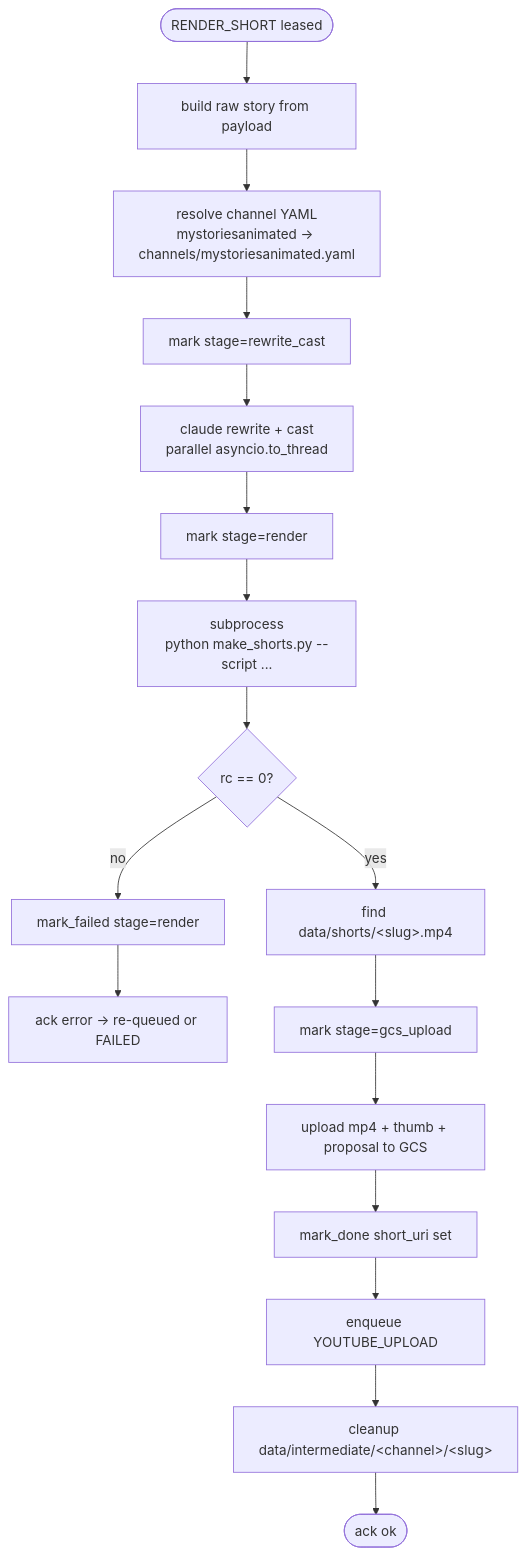
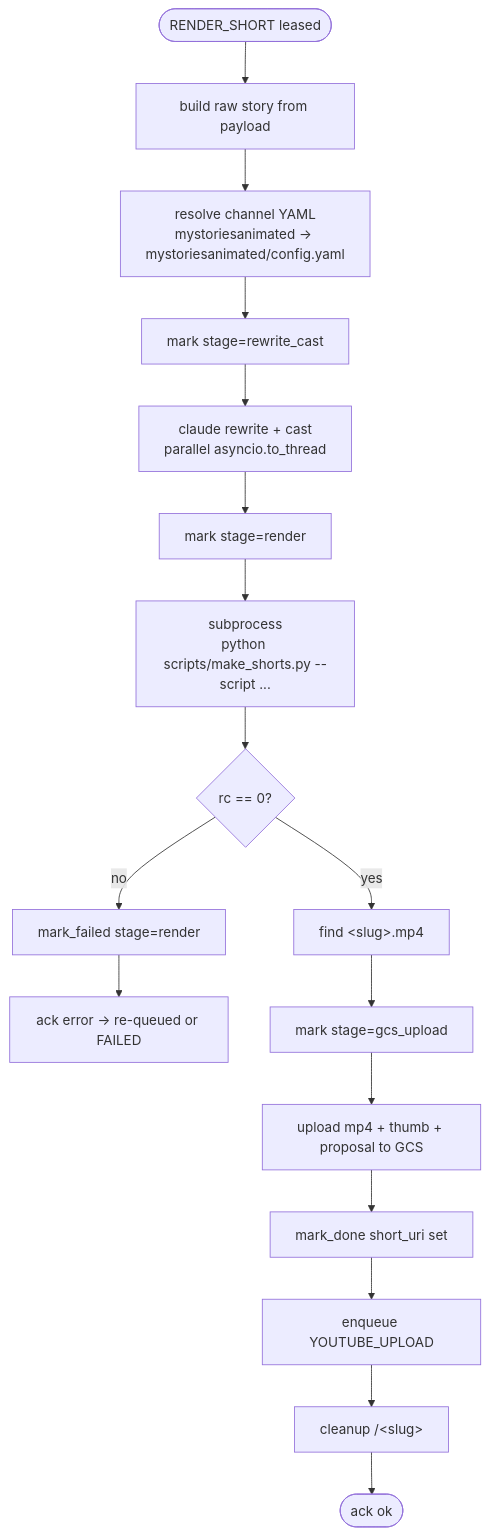
One commit to rohitsingh30/ytFactory changed the fifth of 10 diagrams in docs/data_flows.md. Above: the diagram before and after it, drawn with Mermaid. The commit also changed other lines of this file and 185 other files, not shown here.

````diff
--- a/docs/data_flows.md
+++ b/docs/data_flows.md
@@ -226,19 +226,19 @@
 ```mermaid
 flowchart TB
     Start([RENDER_SHORT leased]) --> A[build raw story from payload]
-    A --> B[resolve channel YAML<br/>mystoriesanimated → channels/mystoriesanimated.yaml]
+    A --> B[resolve channel YAML<br/>mystoriesanimated → mystoriesanimated/config.yaml]
     B --> C[mark stage=rewrite_cast]
     C --> D[claude rewrite + cast<br/>parallel asyncio.to_thread]
     D --> E[mark stage=render]
-    E --> F[subprocess<br/>python make_shorts.py --script ...]
+    E --> F[subprocess<br/>python scripts/make_shorts.py --script ...]
     F --> G{rc == 0?}
     G -- no --> X[mark_failed stage=render]
     X --> X2[ack error → re-queued or FAILED]
-    G -- yes --> H[find data/shorts/&lt;slug&gt;.mp4]
+    G -- yes --> H[find &lt;slug&gt;.mp4]
     H --> I[mark stage=gcs_upload]
     I --> J[upload mp4 + thumb + proposal to GCS]
     J --> K[mark_done short_uri set]
     K --> L[enqueue YOUTUBE_UPLOAD]
-    L --> M[cleanup data/intermediate/&lt;channel&gt;/&lt;slug&gt;]
+    L --> M[cleanup <channel>/&lt;slug&gt;]
     M --> End([ack ok])
 ```
````
